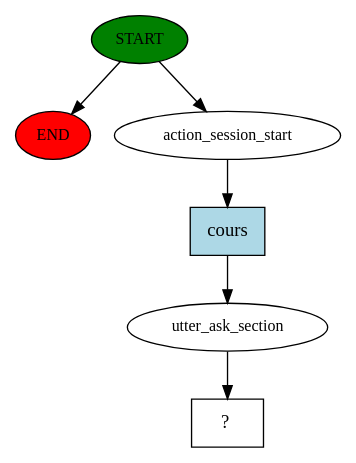
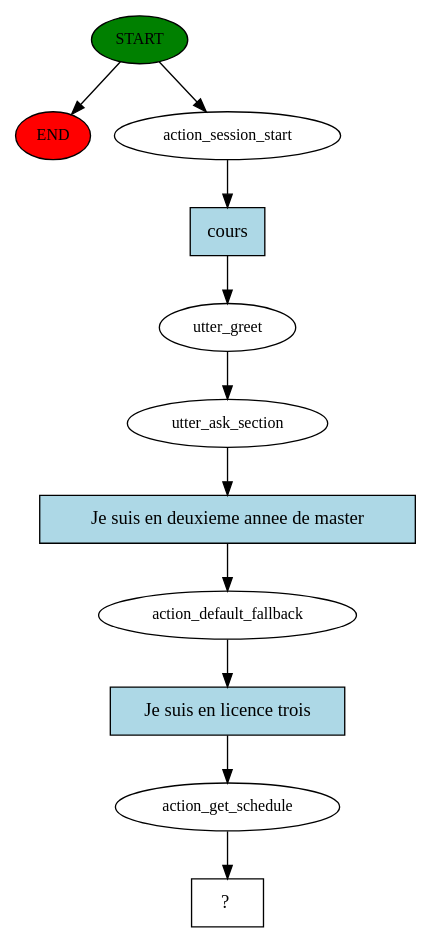
One commit to AdelChabli/RasaProject changed the diagram in story_graph.dot. Above: the diagram before and after it, drawn with Graphviz. The commit also changed 11 other files, not shown here.

```diff
--- a/story_graph.dot
+++ b/story_graph.dot
@@ -1,13 +1,23 @@
 digraph  {
 0 [class="start active", fillcolor=green, fontsize=12, label=START, style=filled];
 "-1" [class=end, fillcolor=red, fontsize=12, label=END, style=filled];
 1 [class=active, fontsize=12, label=action_session_start];
-2 [class=active, fontsize=12, label=utter_ask_section];
-3 [class="intent dashed active", label="  ?  ", shape=rect];
-4 [class="intent active", fillcolor=lightblue, label=cours, shape=rect, style=filled];
+2 [class=active, fontsize=12, label=utter_greet];
+3 [class=active, fontsize=12, label=utter_ask_section];
+4 [class=active, fontsize=12, label=action_default_fallback];
+5 [class=active, fontsize=12, label=action_get_schedule];
+6 [class="intent dashed active", label="  ?  ", shape=rect];
+7 [class="intent active", fillcolor=lightblue, label=cours, shape=rect, style=filled];
+8 [class="intent active", fillcolor=lightblue, label="Je suis en deuxieme annee de master", shape=rect, style=filled];
+9 [class="intent active", fillcolor=lightblue, label="Je suis en licence trois", shape=rect, style=filled];
 0 -> "-1"  [class="", key=NONE, label=""];
 0 -> 1  [class=active, key=NONE, label=""];
-1 -> 4  [class=active, key=0];
+1 -> 7  [class=active, key=0];
 2 -> 3  [class=active, key=NONE, label=""];
-4 -> 2  [class=active, key=0];
+3 -> 8  [class=active, key=0];
+4 -> 9  [class=active, key=0];
+5 -> 6  [class=active, key=NONE, label=""];
+7 -> 2  [class=active, key=0];
+8 -> 4  [class=active, key=0];
+9 -> 5  [class=active, key=0];
 }
```
